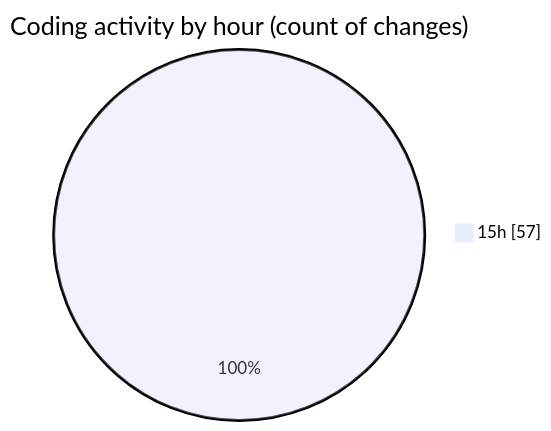
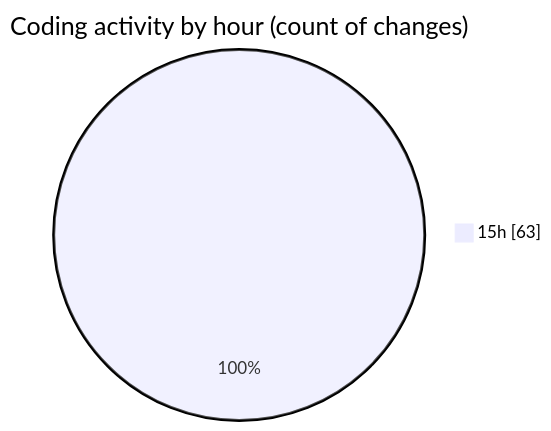
One commit to lephambinh05/code-tracking changed the second of 2 diagrams in 2025-07-13/rentotp/README.md. Above: the diagram before and after it, drawn with Mermaid. The commit also changed other lines of this file and 1 other file, not shown here.

````diff
--- a/2025-07-13/rentotp/README.md
+++ b/2025-07-13/rentotp/README.md
@@ -54,5 +56,5 @@
 ```mermaid
 pie showData
 title Coding activity by hour (count of changes)
-"15h" : 57
+"15h" : 63
 ```
````
